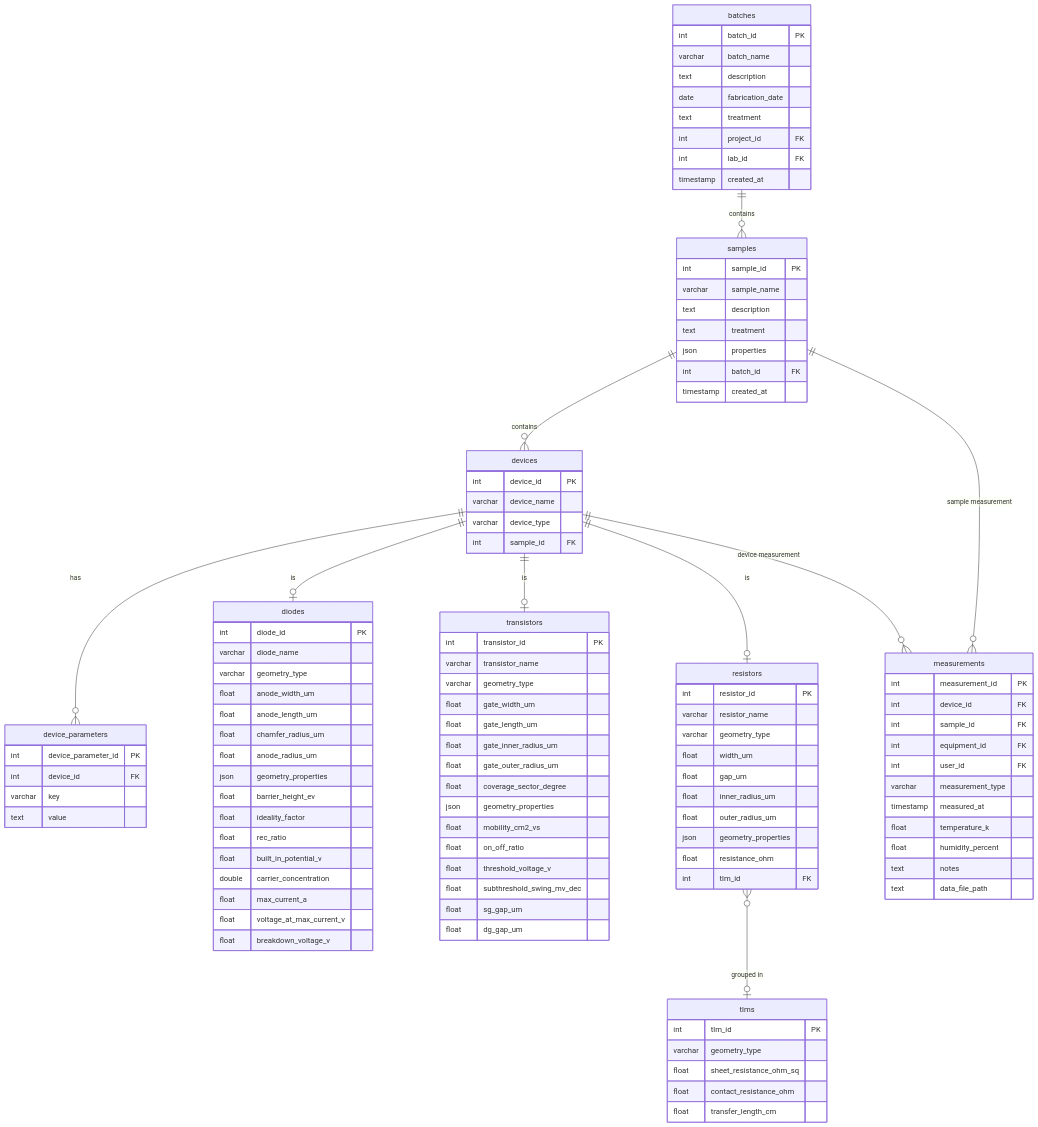
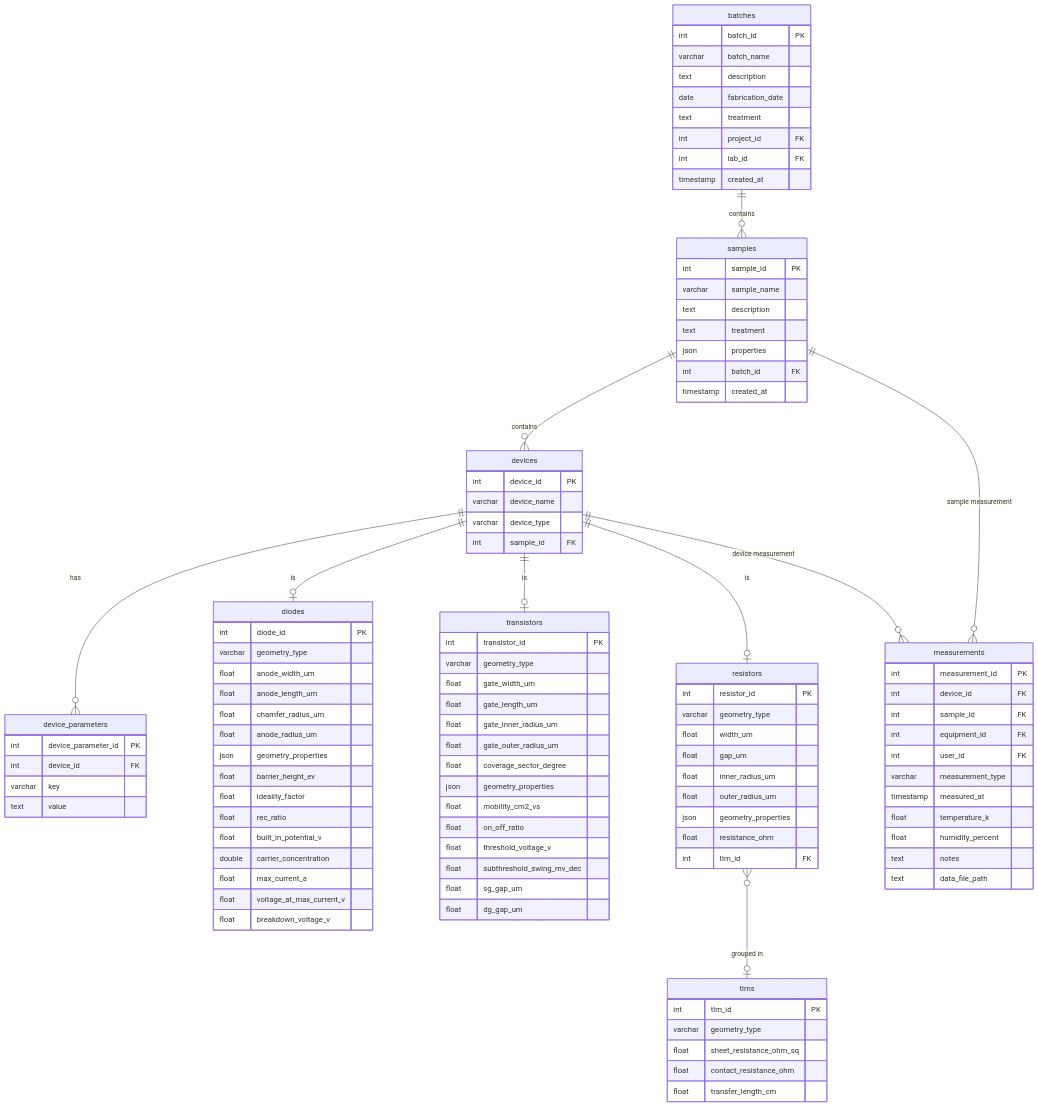
The second of 2 diagrams in docs/design/DatabaseSchema.md (GitTurtleDone/ExpeGraph), drawn with Mermaid before and after one commit. The commit also changed 19 other files, not shown here.

```diff
--- a/docs/design/DatabaseSchema.md
+++ b/docs/design/DatabaseSchema.md
@@ -164,7 +164,6 @@
 
     diodes {
         int diode_id PK
-        varchar diode_name
         varchar geometry_type
         float anode_width_um
         float anode_length_um
@@ -183,7 +182,6 @@
 
     transistors {
         int transistor_id PK
-        varchar transistor_name
         varchar geometry_type
         float gate_width_um
         float gate_length_um
@@ -209,7 +207,6 @@
 
     resistors {
         int resistor_id PK
-        varchar resistor_name
         varchar geometry_type
         float width_um
         float gap_um
```
